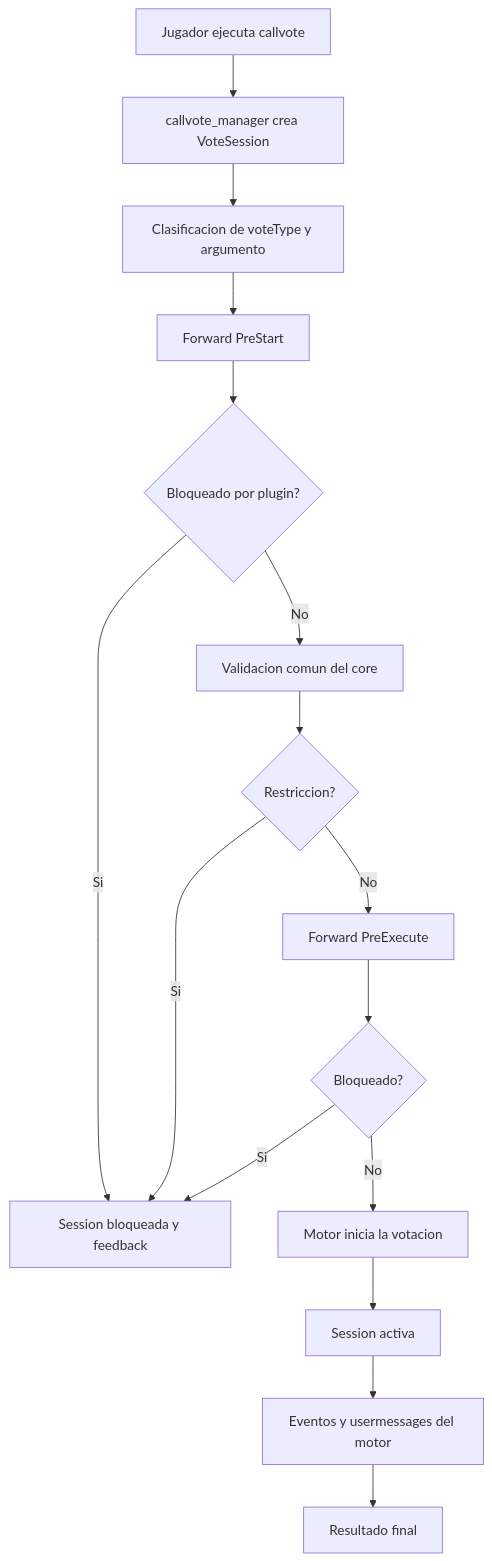
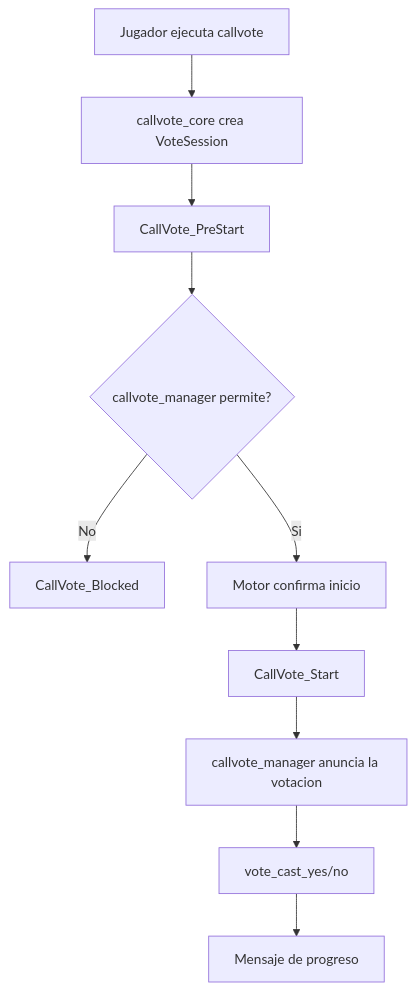
Before and after one commit to AoC-Gamers/CallVote-Manager: the diagram in docs/README_MANAGER.md, drawn with Mermaid. The commit also changed other lines of this file and 23 other files, not shown here.

First line of the commit message:
Refactor CallVote System: Migrate to callvote_core

````diff
--- a/docs/README_MANAGER.md
+++ b/docs/README_MANAGER.md
@@ -45,18 +52,12 @@
 ```mermaid
 flowchart TD
-    A[Jugador ejecuta callvote] --> B[callvote_manager crea VoteSession]
-    B --> C[Clasificacion de voteType y argumento]
-    C --> D[Forward PreStart]
-    D --> E{Bloqueado por plugin?}
-    E -- Si --> F[Session bloqueada y feedback]
-    E -- No --> G[Validacion comun del core]
-    G --> H{Restriccion?}
-    H -- Si --> F
-    H -- No --> I[Forward PreExecute]
-    I --> J{Bloqueado?}
-    J -- Si --> F
-    J -- No --> K[Motor inicia la votacion]
-    K --> L[Session activa]
-    L --> M[Eventos y usermessages del motor]
-    M --> N[Resultado final]
+    A[Jugador ejecuta callvote] --> B[callvote_core crea VoteSession]
+    B --> C[CallVote_PreStart]
+    C --> D{callvote_manager permite?}
+    D -- No --> E[CallVote_Blocked]
+    D -- Si --> F[Motor confirma inicio]
+    F --> G[CallVote_Start]
+    G --> H[callvote_manager anuncia la votacion]
+    H --> I[vote_cast_yes/no]
+    I --> J[Mensaje de progreso]
 ```
````
